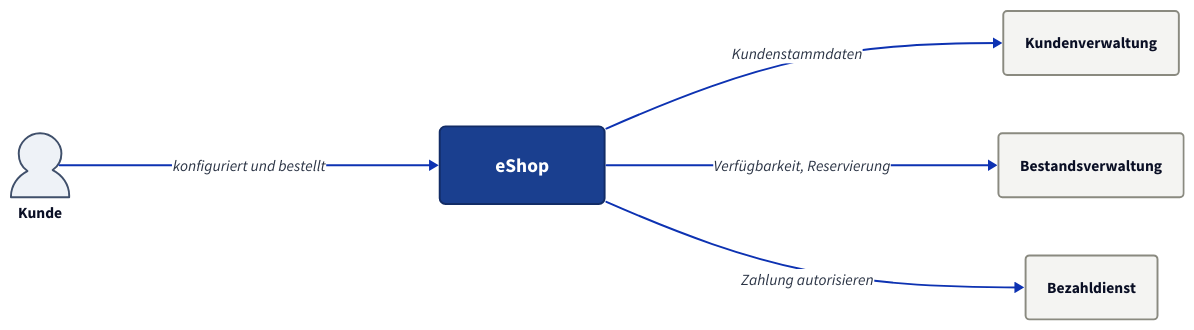
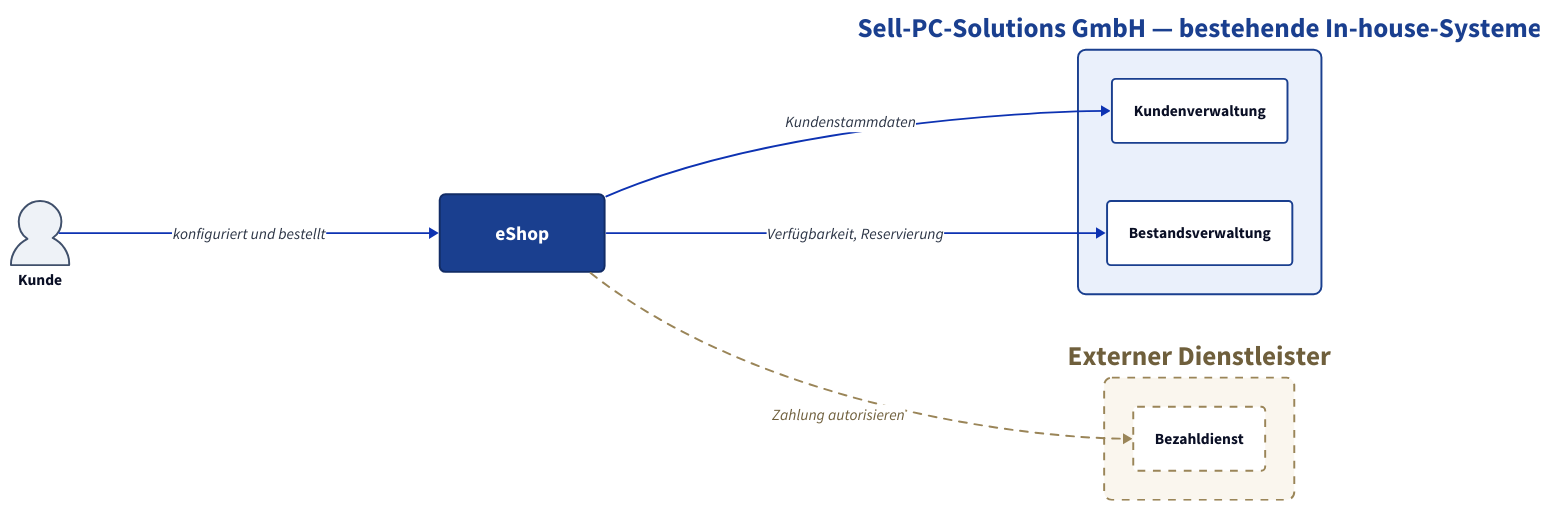
The diagram in eshop/diagrams/03-kontext.d2 (whiskey/arc42-schulung), drawn with D2 before and after one commit. The commit also changed 2 other files, not shown here.

Commit message:
docs: mark the in-house systems in the context diagram
Kundenverwaltung and Bestandsverwaltung belong to Sell-PC-Solutions,
the payment service does not. The first version drew all three alike,
which hid the distinction that decides how much freedom the eShop has
at each interface: the in-house systems can be changed at a price, the
bought-in service cannot be changed at all.

A solid boundary now groups the in-house systems, the external service
is set apart by a dashed frame, and the chapter text spells out the
consequence for each group.

```diff
--- a/eshop/diagrams/03-kontext.d2
+++ b/eshop/diagrams/03-kontext.d2
@@ -1,65 +1,98 @@
 # Fachlicher Kontext des eShop  --  arc42 Kapitel 3
 #
 # Rendern:
 #   d2 --theme 0 --pad 20 eshop/diagrams/03-kontext.d2 eshop/diagrams/03-kontext.svg
 #
 # Die Nachbarn sind bewusst als Blackbox gezeichnet: für die Kontextabgrenzung
 # zählt nur, DASS der eShop mit ihnen fachlich austauscht, nicht wie sie innen
 # aufgebaut sind.
+#
+# Die Rahmen trennen die Eigentumsverhältnisse: die beiden Bestandssysteme
+# gehören Sell-PC-Solutions selbst und werden weiterbenutzt, der Bezahldienst
+# ist zugekauft und damit nicht beeinflussbar.
 
 direction: right
 
 kunde: Kunde {
   shape: person
   style.fill: "#eef2f7"
   style.stroke: "#40506b"
 }
 
 eshop: eShop {
   shape: rectangle
   width: 170
   height: 80
   style: {
     fill: "#1a3f8f"
     stroke: "#122c66"
     stroke-width: 2
     font-color: "#ffffff"
     font-size: 20
     bold: true
     border-radius: 6
   }
 }
 
-kundenverwaltung: Kundenverwaltung {
-  shape: rectangle
-  style.fill: "#f4f4f2"
-  style.stroke: "#8a8a80"
-  style.border-radius: 4
+inhouse: "Sell-PC-Solutions GmbH — bestehende In-house-Systeme" {
+  style: {
+    fill: "#eaf0fb"
+    stroke: "#1a3f8f"
+    stroke-width: 2
+    border-radius: 8
+    font-color: "#1a3f8f"
+    bold: true
+  }
+
+  kundenverwaltung: Kundenverwaltung {
+    shape: rectangle
+    style.fill: "#ffffff"
+    style.stroke: "#1a3f8f"
+    style.stroke-width: 2
+    style.border-radius: 4
+  }
+
+  bestandsverwaltung: Bestandsverwaltung {
+    shape: rectangle
+    style.fill: "#ffffff"
+    style.stroke: "#1a3f8f"
+    style.stroke-width: 2
+    style.border-radius: 4
+  }
 }
 
-bestandsverwaltung: Bestandsverwaltung {
-  shape: rectangle
-  style.fill: "#f4f4f2"
-  style.stroke: "#8a8a80"
-  style.border-radius: 4
-}
+extern: "Externer Dienstleister" {
+  style: {
+    fill: "#faf6ee"
+    stroke: "#9a8558"
+    stroke-width: 2
+    stroke-dash: 4
+    border-radius: 8
+    font-color: "#6f5f3c"
+    bold: true
+  }
 
-bezahldienst: Bezahldienst {
-  shape: rectangle
-  style.fill: "#f4f4f2"
-  style.stroke: "#8a8a80"
-  style.border-radius: 4
+  bezahldienst: Bezahldienst {
+    shape: rectangle
+    style.fill: "#ffffff"
+    style.stroke: "#9a8558"
+    style.stroke-width: 2
+    style.stroke-dash: 4
+    style.border-radius: 4
+  }
 }
 
 kunde -> eshop: konfiguriert und bestellt {
   style.font-color: "#2b3445"
 }
-eshop -> kundenverwaltung: Kundenstammdaten {
+eshop -> inhouse.kundenverwaltung: Kundenstammdaten {
   style.font-color: "#2b3445"
 }
-eshop -> bestandsverwaltung: Verfügbarkeit, Reservierung {
+eshop -> inhouse.bestandsverwaltung: Verfügbarkeit, Reservierung {
   style.font-color: "#2b3445"
 }
-eshop -> bezahldienst: Zahlung autorisieren {
-  style.font-color: "#2b3445"
+eshop -> extern.bezahldienst: Zahlung autorisieren {
+  style.font-color: "#6f5f3c"
+  style.stroke: "#9a8558"
+  style.stroke-dash: 4
 }
```
